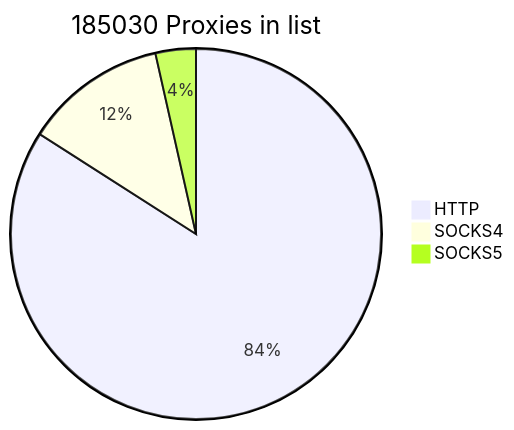
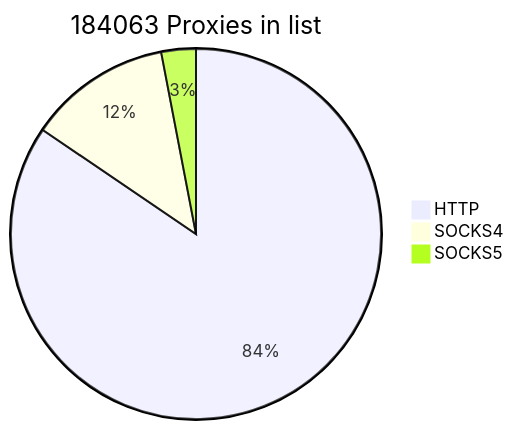
The first of 2 diagrams in README.md (cutipu/proxylist), drawn with Mermaid before and after one commit. The commit also changed other lines of this file, not shown here.

````diff
--- a/README.md
+++ b/README.md
@@ -2,7 +2,7 @@
 ```mermaid
-pie title 185030 Proxies in list
+pie title 184063 Proxies in list
     "HTTP" : 155520
-    "SOCKS4" : 22995
-    "SOCKS5" : 6515
+    "SOCKS4" : 22992
+    "SOCKS5" : 5551
             
 ```
````
